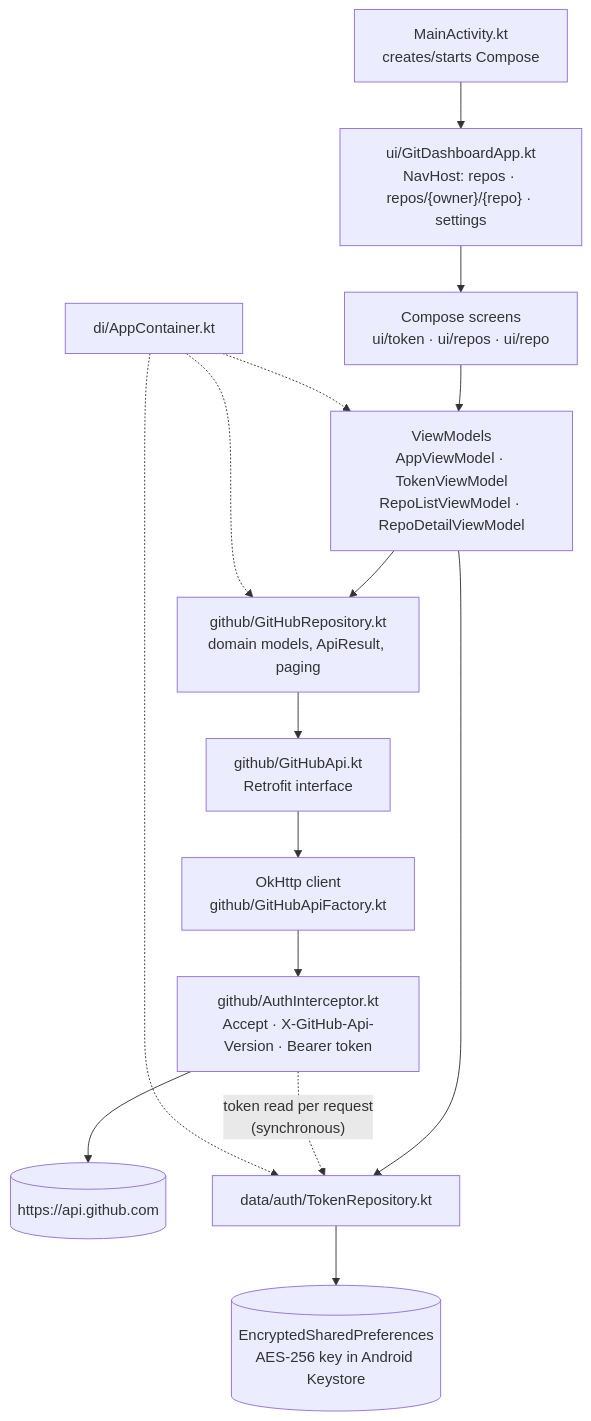
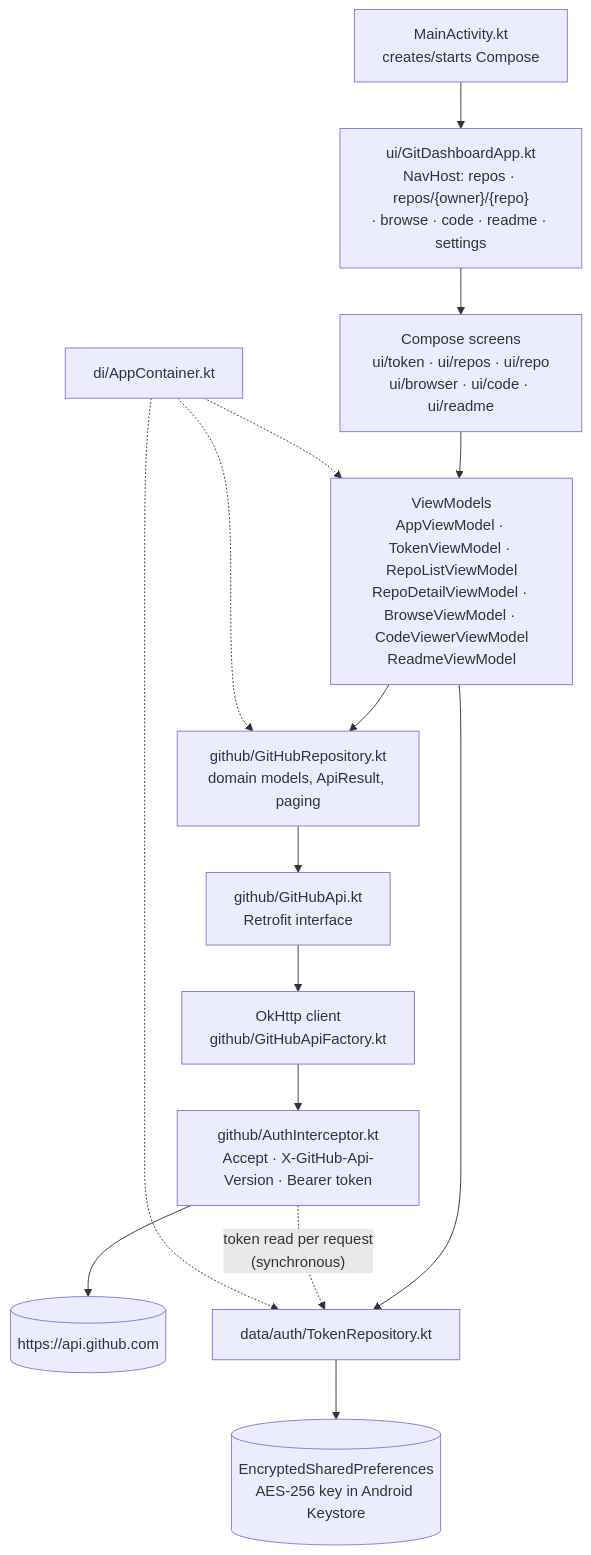
The diagram in README.md (radu1006/GitDash), drawn with Mermaid before and after one commit. The commit also changed other lines of this file and 2 other files, not shown here.

First line of the commit message:
docs: document browse, code and README screens

````diff
--- a/README.md
+++ b/README.md
@@ -238,17 +309,17 @@
 ```mermaid
 flowchart TD
-    MAIN["MainActivity.kt<br/>creates/starts Compose"] --> APP["ui/GitDashboardApp.kt<br/>NavHost: repos · repos/{owner}/{repo} · settings"]
-    APP --> SCR["Compose screens<br/>ui/token · ui/repos · ui/repo"]
-    SCR --> VM["ViewModels<br/>AppViewModel · TokenViewModel<br/>RepoListViewModel · RepoDetailViewModel"]
+    MAIN["MainActivity.kt<br/>creates/starts Compose"] --> APP["ui/GitDashboardApp.kt<br/>NavHost: repos · repos/{owner}/{repo}<br/>· browse · code · readme · settings"]
+    APP --> SCR["Compose screens<br/>ui/token · ui/repos · ui/repo<br/>ui/browser · ui/code · ui/readme"]
+    SCR --> VM["ViewModels<br/>AppViewModel · TokenViewModel · RepoListViewModel<br/>RepoDetailViewModel · BrowseViewModel · CodeViewerViewModel<br/>ReadmeViewModel"]
     VM --> REPO["github/GitHubRepository.kt<br/>domain models, ApiResult, paging"]
     REPO --> API["github/GitHubApi.kt<br/>Retrofit interface"]
     API --> OK["OkHttp client<br/>github/GitHubApiFactory.kt"]
     OK --> AUTH["github/AuthInterceptor.kt<br/>Accept · X-GitHub-Api-Version · Bearer token"]
     AUTH --> NET[("https://api.github.com")]
     VM --> TOK["data/auth/TokenRepository.kt"]
     TOK --> SEC[("EncryptedSharedPreferences<br/>AES-256 key in Android Keystore")]
     AUTH -. "token read per request<br/>(synchronous)" .-> TOK
     DI["di/AppContainer.kt"] -.-> TOK
     DI -.-> REPO
     DI -.-> VM
 ```
````
